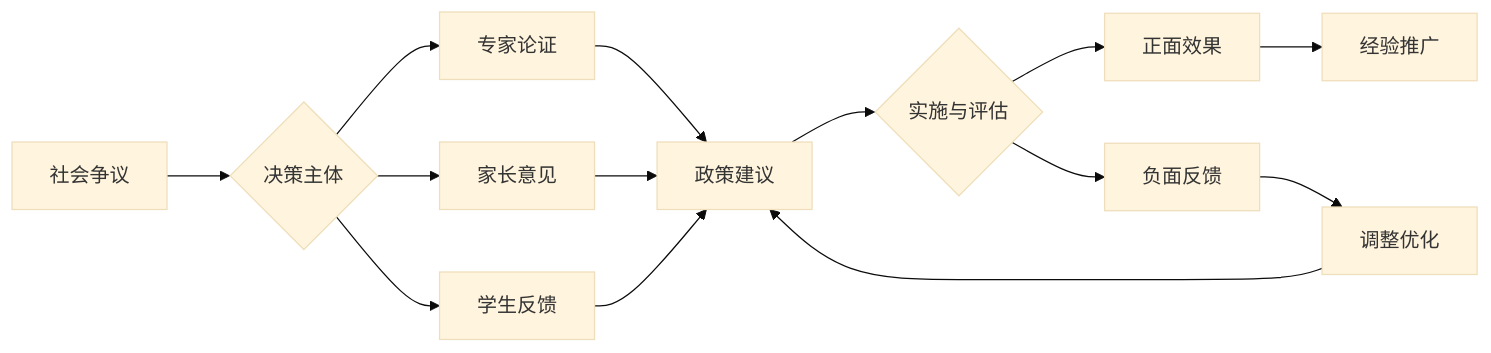
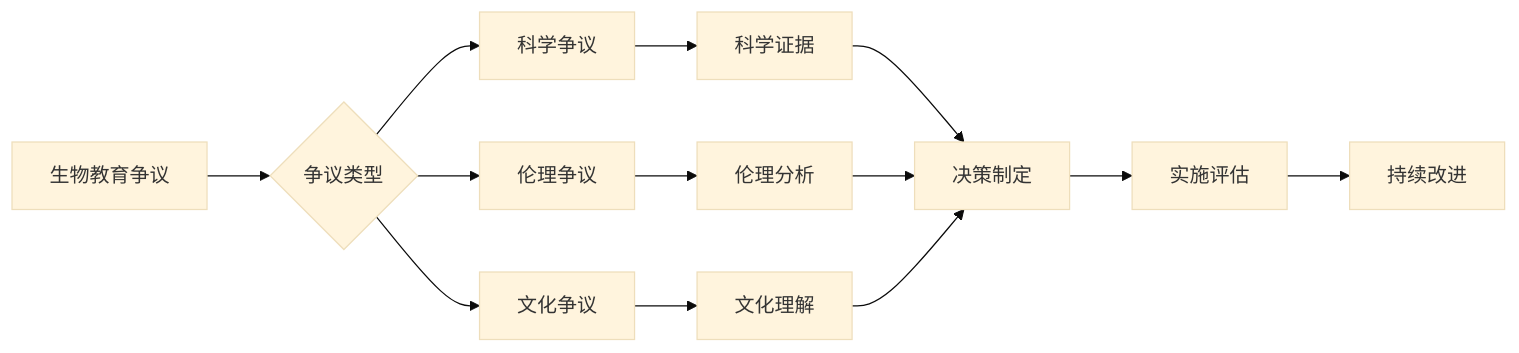
One commit to AdaMartin18010/SeniorEnducation changed the ninth of 10 diagrams in 02-核心学科理论/07-生物教育理论与实践/01-生物教育理论与实践.md. Above: the diagram before and after it, drawn with Mermaid (base theme). The commit also changed other lines of this file and 10 other files, not shown here.

````diff
--- a/02-核心学科理论/07-生物教育理论与实践/01-生物教育理论与实践.md
+++ b/02-核心学科理论/07-生物教育理论与实践/01-生物教育理论与实践.md
@@ -202,16 +469,18 @@
 ```mermaid
 graph LR
-    A[社会争议] --> B{决策主体}
-    B --> C[专家论证]
-    B --> D[家长意见]
-    B --> E[学生反馈]
-    C --> F[政策建议]
-    D --> F
-    E --> F
-    F --> G{实施与评估}
-    G --> H[正面效果]
-    G --> I[负面反馈]
-    I --> J[调整优化]
-    H --> K[经验推广]
-    J --> F
+    A[生物教育争议] --> B{争议类型}
+    B --> C[科学争议]
+    B --> D[伦理争议]
+    B --> E[文化争议]
+    
+    C --> F[科学证据]
+    D --> G[伦理分析]
+    E --> H[文化理解]
+    
+    F --> I[决策制定]
+    G --> I
+    H --> I
+    
+    I --> J[实施评估]
+    J --> K[持续改进]
 ```
````
